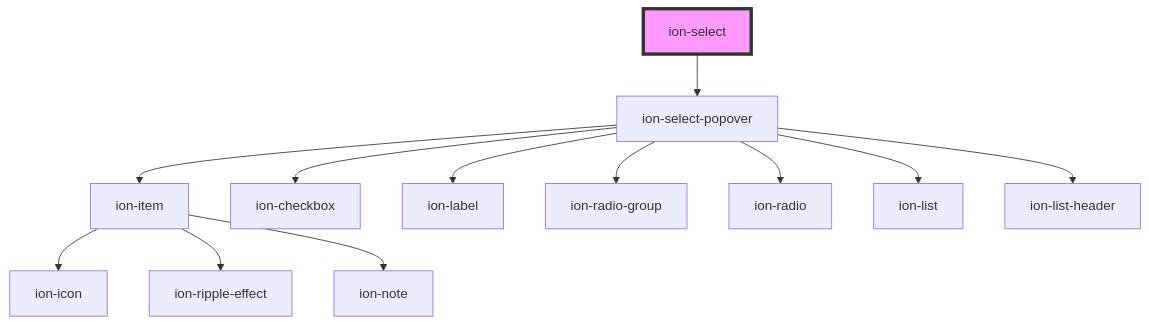
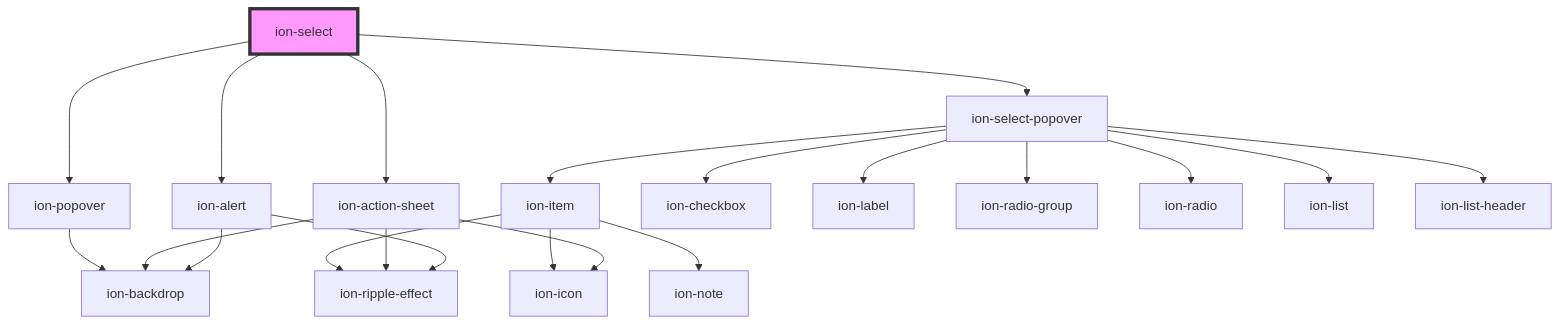
One commit to Ryu9425/ang_ionic changed the diagram in core/src/components/select/readme.md. Above: the diagram before and after it, drawn with Mermaid. The commit also changed other lines of this file and 3 other files, not shown here.

````diff
--- a/core/src/components/select/readme.md
+++ b/core/src/components/select/readme.md
@@ -1438,15 +1441,24 @@
 ```mermaid
 graph TD;
   ion-select --> ion-select-popover
+  ion-select --> ion-popover
+  ion-select --> ion-action-sheet
+  ion-select --> ion-alert
   ion-select-popover --> ion-item
   ion-select-popover --> ion-checkbox
   ion-select-popover --> ion-label
   ion-select-popover --> ion-radio-group
   ion-select-popover --> ion-radio
   ion-select-popover --> ion-list
   ion-select-popover --> ion-list-header
   ion-item --> ion-icon
   ion-item --> ion-ripple-effect
   ion-item --> ion-note
+  ion-popover --> ion-backdrop
+  ion-action-sheet --> ion-backdrop
+  ion-action-sheet --> ion-icon
+  ion-action-sheet --> ion-ripple-effect
+  ion-alert --> ion-ripple-effect
+  ion-alert --> ion-backdrop
   style ion-select fill:#f9f,stroke:#333,stroke-width:4px
 ```
````
